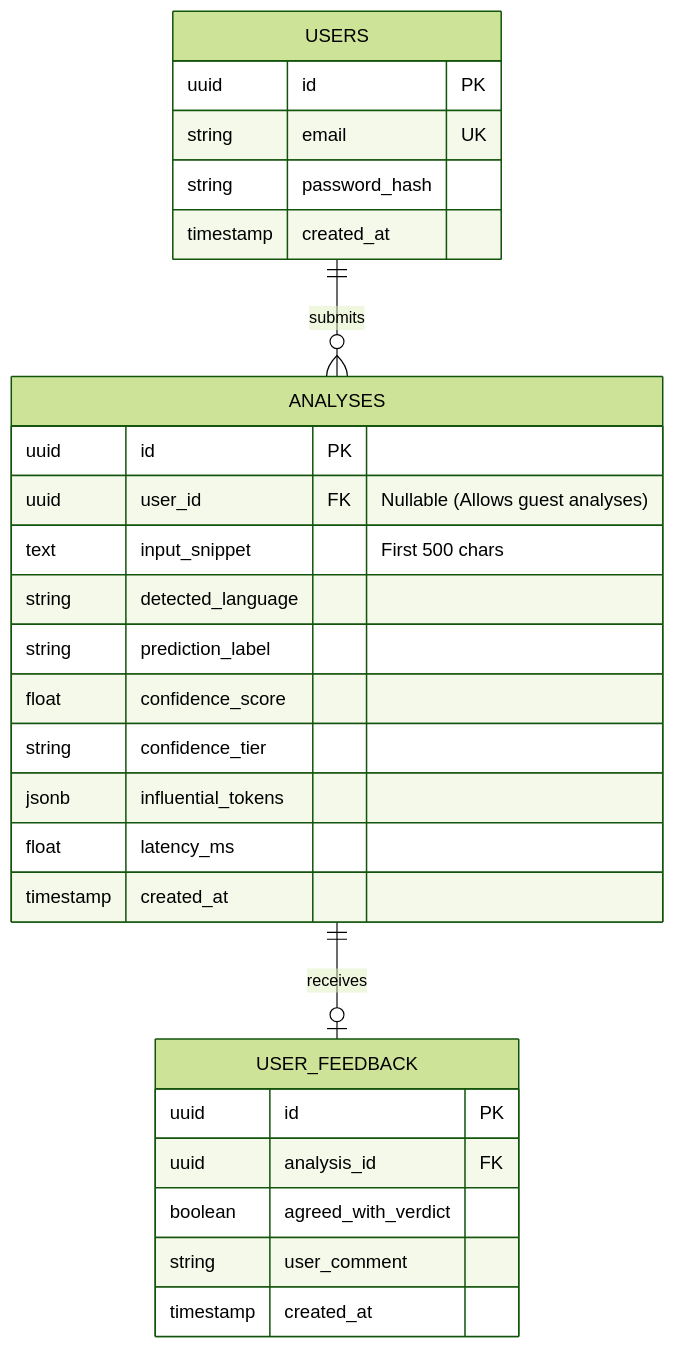
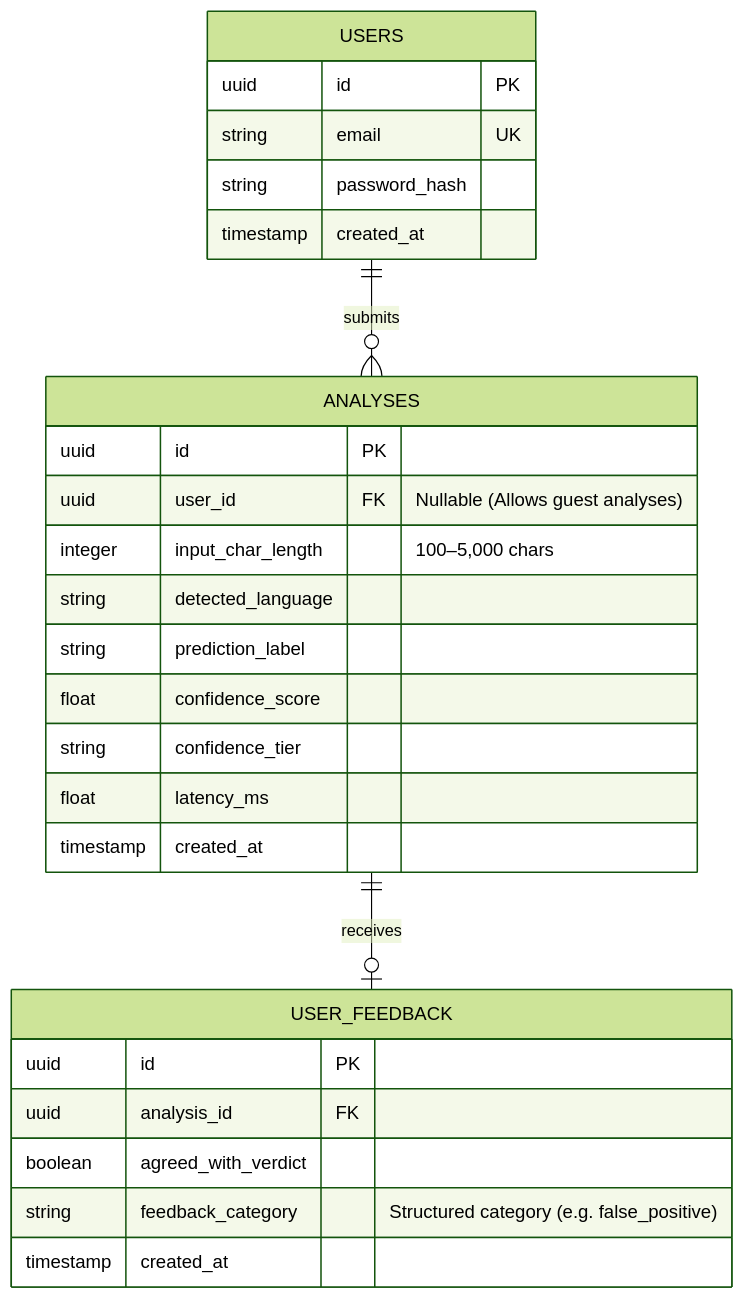
The third of 3 diagrams in docs/technical-architecture.md (mddanish-31/VeriNews), drawn with Mermaid (forest theme) before and after one commit. The commit also changed 260 other files, not shown here.

````diff
--- a/docs/technical-architecture.md
+++ b/docs/technical-architecture.md
@@ -224,33 +224,32 @@
 ```mermaid
 erDiagram
     USERS ||--o{ ANALYSES : submits
     ANALYSES ||--o| USER_FEEDBACK : receives
 
     USERS {
         uuid id PK
         string email UK
         string password_hash
         timestamp created_at
     }
 
     ANALYSES {
         uuid id PK
         uuid user_id FK "Nullable (Allows guest analyses)"
-        text input_snippet "First 500 chars"
+        integer input_char_length "100–5,000 chars"
         string detected_language
         string prediction_label
         float confidence_score
         string confidence_tier
-        jsonb influential_tokens
         float latency_ms
         timestamp created_at
     }
 
     USER_FEEDBACK {
         uuid id PK
         uuid analysis_id FK
         boolean agreed_with_verdict
-        string user_comment
+        string feedback_category "Structured category (e.g. false_positive)"
         timestamp created_at
     }
 ```
````
